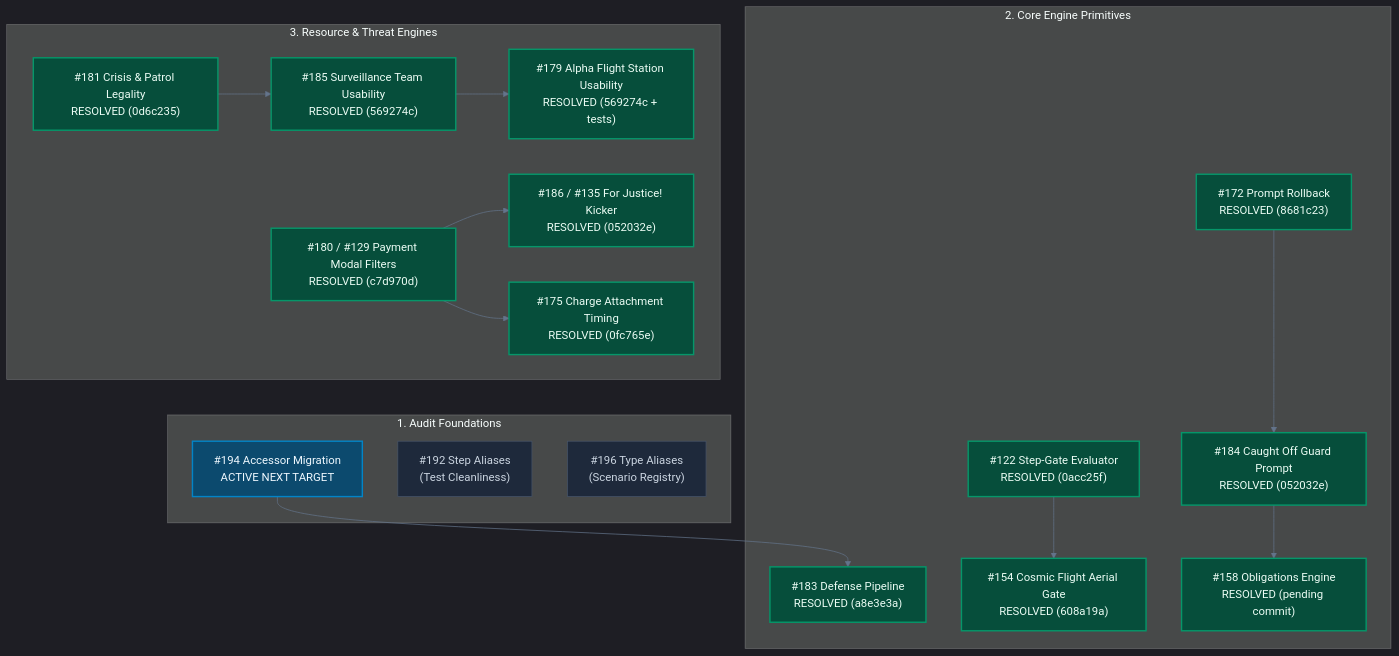
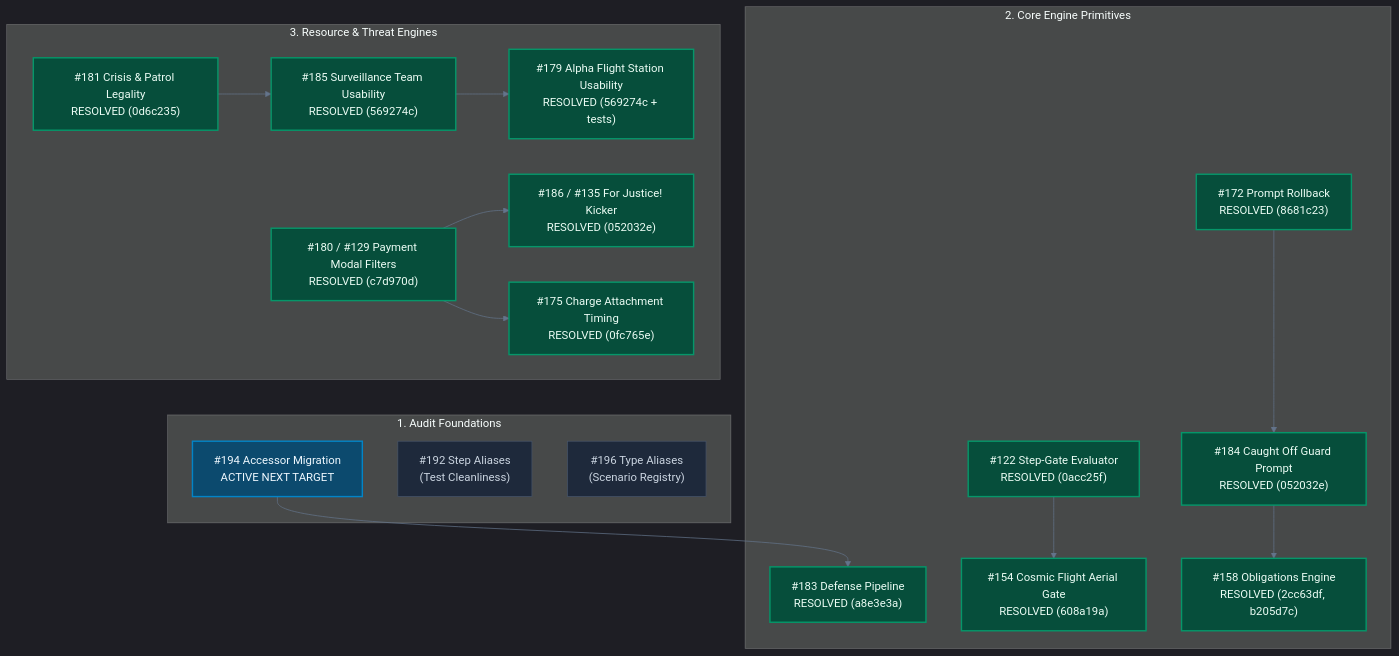
The diagram in docs/backlog/teamwork_status_and_next_target.md (SteveRodrigue/MCD), drawn with Mermaid before and after one commit. The commit also changed other lines of this file and 1 other file, not shown here.

Commit message:
docs(docs): Record #158 delivery in backlog and plan

````diff
--- a/docs/backlog/teamwork_status_and_next_target.md
+++ b/docs/backlog/teamwork_status_and_next_target.md
@@ -23,46 +23,46 @@
 ```mermaid
 %%{init: {'theme': 'dark', 'themeVariables': { 'darkMode': true, 'background': '#0b0f19', 'primaryColor': '#1e293b', 'primaryTextColor': '#f8fafc', 'primaryBorderColor': '#475569', 'lineColor': '#64748b', 'secondaryColor': '#0f172a', 'tertiaryColor': '#1e293b' }}}%%
 flowchart TD
     subgraph AuditFoundations["1. Audit Foundations"]
         I194["#194 Accessor Migration<br/>ACTIVE NEXT TARGET"]
         I192["#192 Step Aliases<br/>(Test Cleanliness)"]
         I196["#196 Type Aliases<br/>(Scenario Registry)"]
     end
 
     subgraph CoreEngine["2. Core Engine Primitives"]
         I183["#183 Defense Pipeline<br/>RESOLVED (a8e3e3a)"]
         I172["#172 Prompt Rollback<br/>RESOLVED (8681c23)"]
         I184["#184 Caught Off Guard Prompt<br/>RESOLVED (052032e)"]
         I122["#122 Step-Gate Evaluator<br/>RESOLVED (0acc25f)"]
         I154["#154 Cosmic Flight Aerial Gate<br/>RESOLVED (608a19a)"]
-        I158["#158 Obligations Engine<br/>RESOLVED (pending commit)"]
+        I158["#158 Obligations Engine<br/>RESOLVED (2cc63df, b205d7c)"]
     end
 
     subgraph ResourceThreat["3. Resource & Threat Engines"]
         I181["#181 Crisis & Patrol Legality<br/>RESOLVED (0d6c235)"]
         I186["#186 / #135 For Justice! Kicker<br/>RESOLVED (052032e)"]
         I180["#180 / #129 Payment Modal Filters<br/>RESOLVED (c7d970d)"]
         I185["#185 Surveillance Team Usability<br/>RESOLVED (569274c)"]
         I179["#179 Alpha Flight Station Usability<br/>RESOLVED (569274c + tests)"]
         I175["#175 Charge Attachment Timing<br/>RESOLVED (0fc765e)"]
     end
 
     %% Dependencies & Flows
     I194 --> I183
     I172 --> I184
     I184 --> I158
     I122 --> I154
     I181 --> I185
     I185 --> I179
     I180 --> I186
     I180 --> I175
 
     %% Dark Mode Styles
     classDef resolved fill:#064e3b,stroke:#059669,stroke-width:2px,color:#ecfdf5;
     classDef active fill:#0c4a6e,stroke:#0284c7,stroke-width:2px,color:#f0f9ff;
     classDef open fill:#1e293b,stroke:#475569,stroke-width:1px,color:#cbd5e1;
 
     class I183,I172,I184,I181,I186,I185,I179,I180,I175,I122,I154,I158 resolved;
     class I194 active;
     class I192,I196 open;
 ```
````
